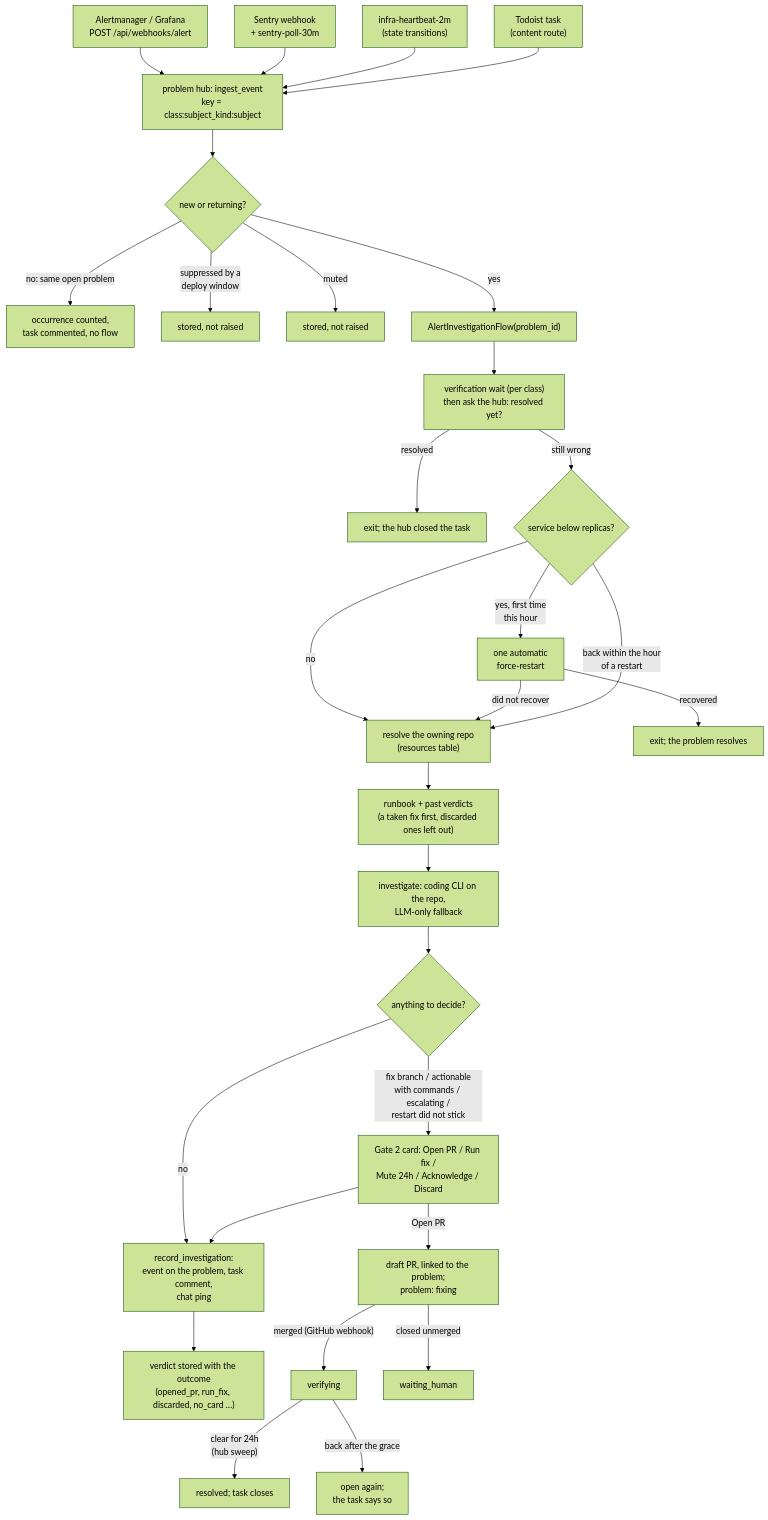
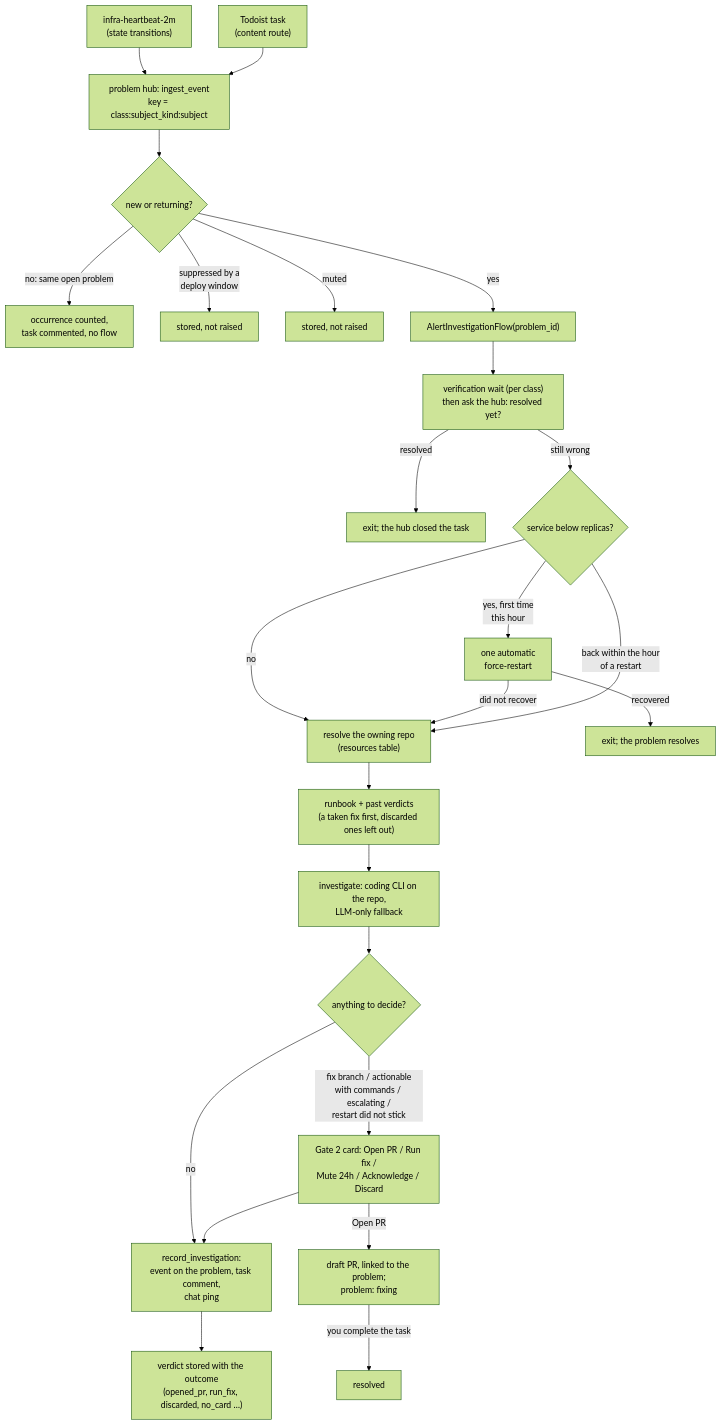
Before and after one commit to hikmahtech/aegis: the second of 2 diagrams in docs/how-it-works.md, drawn with Mermaid (forest theme). The commit also changed other lines of this file and 63 other files, not shown here.

Commit message:
chore: remove Sentry, Jira and GitHub intake from v1 (moved to a2-development) (#712)

````diff
--- a/docs/how-it-works.md
+++ b/docs/how-it-works.md
@@ -505,32 +499,27 @@
 ```mermaid
 flowchart TD
-    AM["Alertmanager / Grafana<br/>POST /api/webhooks/alert"] --> HUB
-    SN["Sentry webhook<br/>+ sentry-poll-30m"] --> HUB
     HB["infra-heartbeat-2m<br/>(state transitions)"] --> HUB
     TT["Todoist task<br/>(content route)"] --> HUB
     HUB["problem hub: ingest_event<br/>key = class:subject_kind:subject"] --> DEC{"new or returning?"}
     DEC -- "no: same open problem" --> X2["occurrence counted,<br/>task commented, no flow"]
     DEC -- "suppressed by a<br/>deploy window" --> X3["stored, not raised"]
     DEC -- "muted" --> X4["stored, not raised"]
     DEC -- yes --> AI["AlertInvestigationFlow(problem_id)"]
     AI --> VD["verification wait (per class)<br/>then ask the hub: resolved yet?"]
     VD -- resolved --> X5["exit; the hub closed the task"]
     VD -- "still wrong" --> RS{"service below replicas?"}
     RS -- "no" --> RR["resolve the owning repo<br/>(resources table)"]
     RS -- "yes, first time<br/>this hour" --> FR["one automatic<br/>force-restart"]
     FR -- recovered --> X6["exit; the problem resolves"]
     FR -- "did not recover" --> RR
     RS -- "back within the hour<br/>of a restart" --> RR
     RR --> KC["runbook + past verdicts<br/>(a taken fix first, discarded ones left out)"]
     KC --> IV["investigate: coding CLI on the repo,<br/>LLM-only fallback"]
     IV --> VE{"anything to decide?"}
     VE -- "no" --> NO["record_investigation:<br/>event on the problem, task comment,<br/>chat ping"]
     VE -- "fix branch / actionable<br/>with commands / escalating /<br/>restart did not stick" --> G2["Gate 2 card: Open PR / Run fix /<br/>Mute 24h / Acknowledge / Discard"]
     G2 --> NO
     NO --> KG["verdict stored with the outcome<br/>(opened_pr, run_fix, discarded, no_card …)"]
     G2 -- "Open PR" --> PR["draft PR, linked to the problem;<br/>problem: fixing"]
-    PR -- "merged (GitHub webhook)" --> VF["verifying"]
-    PR -- "closed unmerged" --> WH["waiting_human"]
-    VF -- "clear for 24h<br/>(hub sweep)" --> OK["resolved; task closes"]
-    VF -- "back after the grace" --> RO["open again;<br/>the task says so"]
+    PR -- "you complete the task" --> OK["resolved"]
 ```
````
